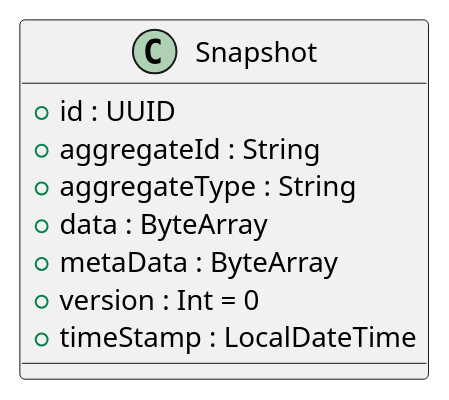
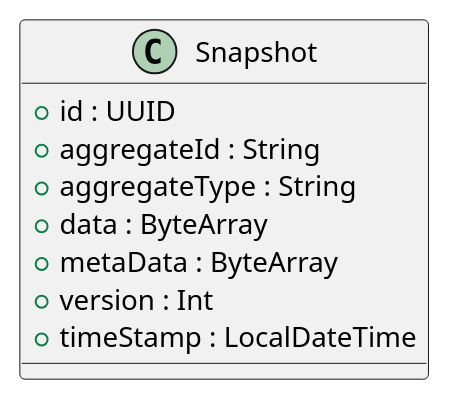
Before and after one commit to FSpruhs/park-flow: the diagram in doc/eventsourcing/Snapshot.puml, drawn with PlantUML. The commit also changed 3 other files, not shown here.

```diff
--- a/doc/eventsourcing/Snapshot.puml
+++ b/doc/eventsourcing/Snapshot.puml
@@ -1,11 +1,11 @@
 @startuml
   class Snapshot {
     + id : UUID
     + aggregateId : String
     + aggregateType : String
     + data : ByteArray
     + metaData : ByteArray
-    + version : Int = 0
+    + version : Int
     + timeStamp : LocalDateTime
   }
 @enduml
```
